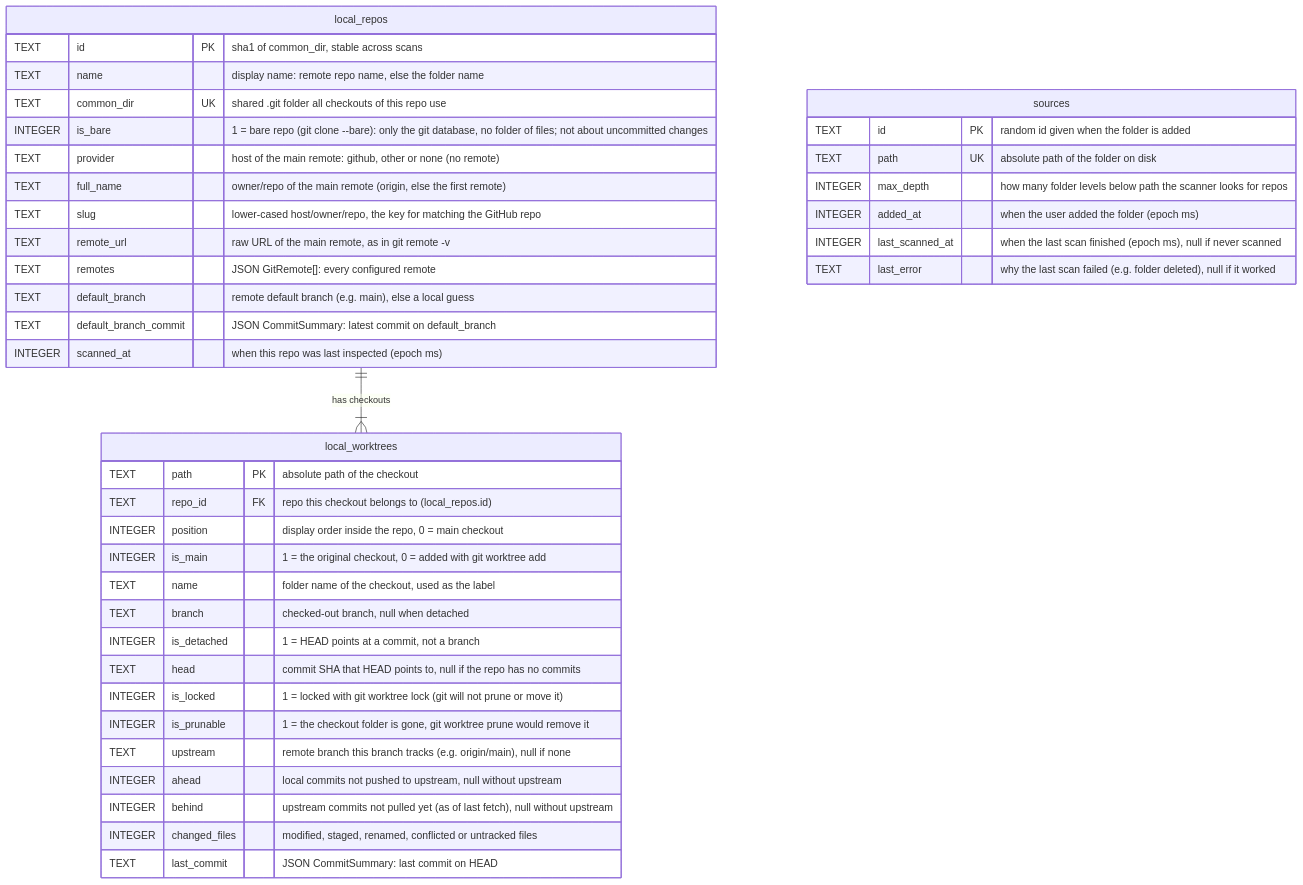
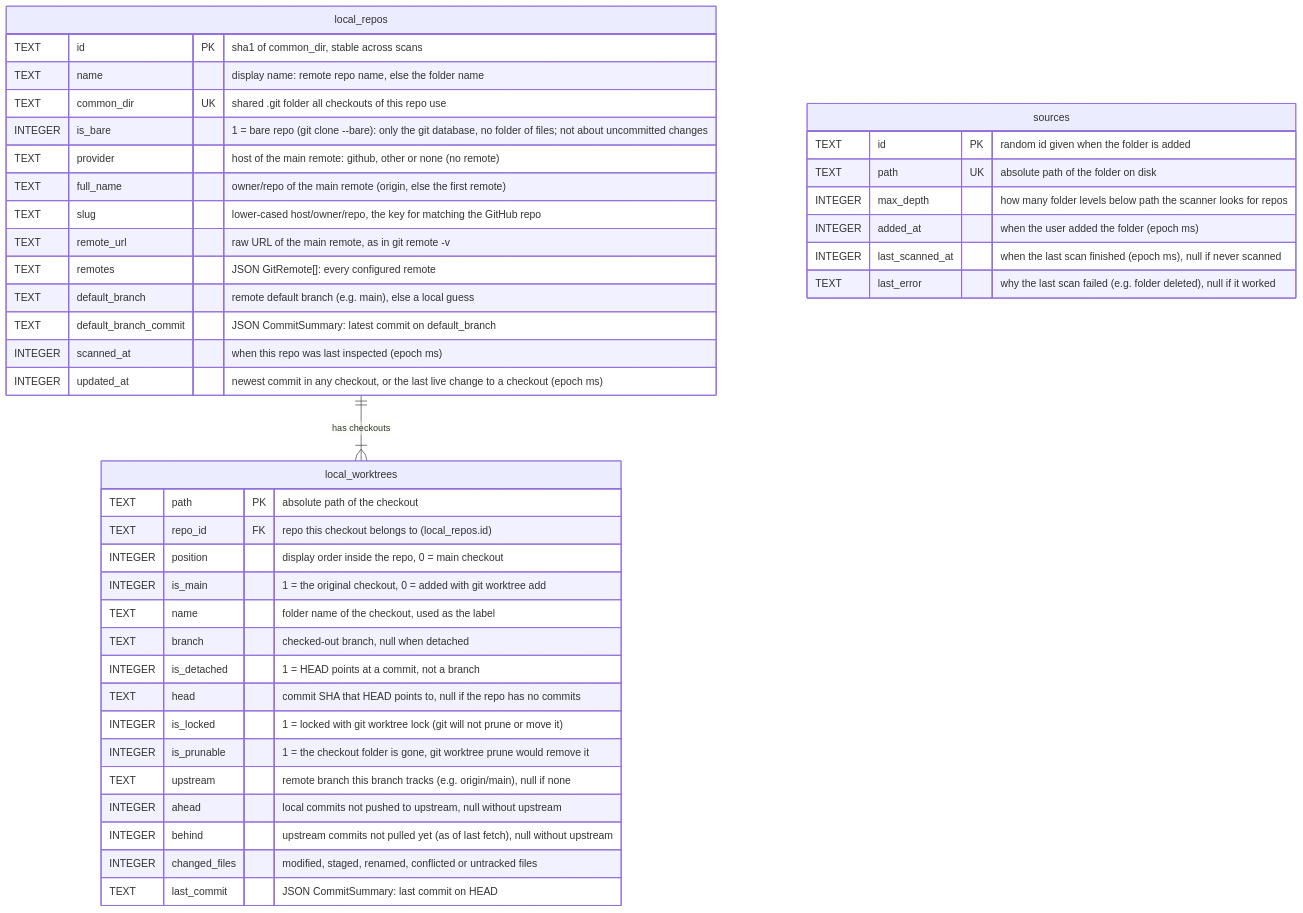
The first of 3 diagrams in src/main/local-repos/db/tables/README.md (idotalmor/the-garage-desktop-rn), drawn with Mermaid before and after one commit. The commit also changed other lines of this file and 10 other files, not shown here.

Commit message:
Sort repos by recent activity, worktrees or name; recreate DB on schema version change

````diff
--- a/src/main/local-repos/db/tables/README.md
+++ b/src/main/local-repos/db/tables/README.md
@@ -35,44 +37,45 @@
 ```mermaid
 erDiagram
   local_repos ||--|{ local_worktrees : "has checkouts"
 
   sources {
     TEXT id PK "random id given when the folder is added"
     TEXT path UK "absolute path of the folder on disk"
     INTEGER max_depth "how many folder levels below path the scanner looks for repos"
     INTEGER added_at "when the user added the folder (epoch ms)"
     INTEGER last_scanned_at "when the last scan finished (epoch ms), null if never scanned"
     TEXT last_error "why the last scan failed (e.g. folder deleted), null if it worked"
   }
   local_repos {
     TEXT id PK "sha1 of common_dir, stable across scans"
     TEXT name "display name: remote repo name, else the folder name"
     TEXT common_dir UK "shared .git folder all checkouts of this repo use"
     INTEGER is_bare "1 = bare repo (git clone --bare): only the git database, no folder of files; not about uncommitted changes"
     TEXT provider "host of the main remote: github, other or none (no remote)"
     TEXT full_name "owner/repo of the main remote (origin, else the first remote)"
     TEXT slug "lower-cased host/owner/repo, the key for matching the GitHub repo"
     TEXT remote_url "raw URL of the main remote, as in git remote -v"
     TEXT remotes "JSON GitRemote[]: every configured remote"
     TEXT default_branch "remote default branch (e.g. main), else a local guess"
     TEXT default_branch_commit "JSON CommitSummary: latest commit on default_branch"
     INTEGER scanned_at "when this repo was last inspected (epoch ms)"
+    INTEGER updated_at "newest commit in any checkout, or the last live change to a checkout (epoch ms)"
   }
   local_worktrees {
     TEXT path PK "absolute path of the checkout"
     TEXT repo_id FK "repo this checkout belongs to (local_repos.id)"
     INTEGER position "display order inside the repo, 0 = main checkout"
     INTEGER is_main "1 = the original checkout, 0 = added with git worktree add"
     TEXT name "folder name of the checkout, used as the label"
     TEXT branch "checked-out branch, null when detached"
     INTEGER is_detached "1 = HEAD points at a commit, not a branch"
     TEXT head "commit SHA that HEAD points to, null if the repo has no commits"
     INTEGER is_locked "1 = locked with git worktree lock (git will not prune or move it)"
     INTEGER is_prunable "1 = the checkout folder is gone, git worktree prune would remove it"
     TEXT upstream "remote branch this branch tracks (e.g. origin/main), null if none"
     INTEGER ahead "local commits not pushed to upstream, null without upstream"
     INTEGER behind "upstream commits not pulled yet (as of last fetch), null without upstream"
     INTEGER changed_files "modified, staged, renamed, conflicted or untracked files"
     TEXT last_commit "JSON CommitSummary: last commit on HEAD"
   }
 ```
````
